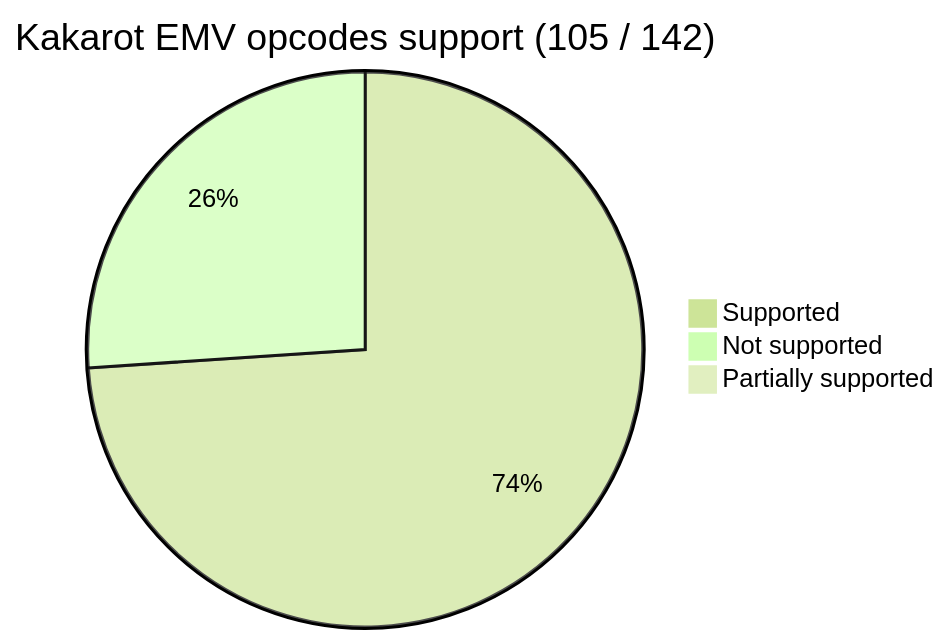
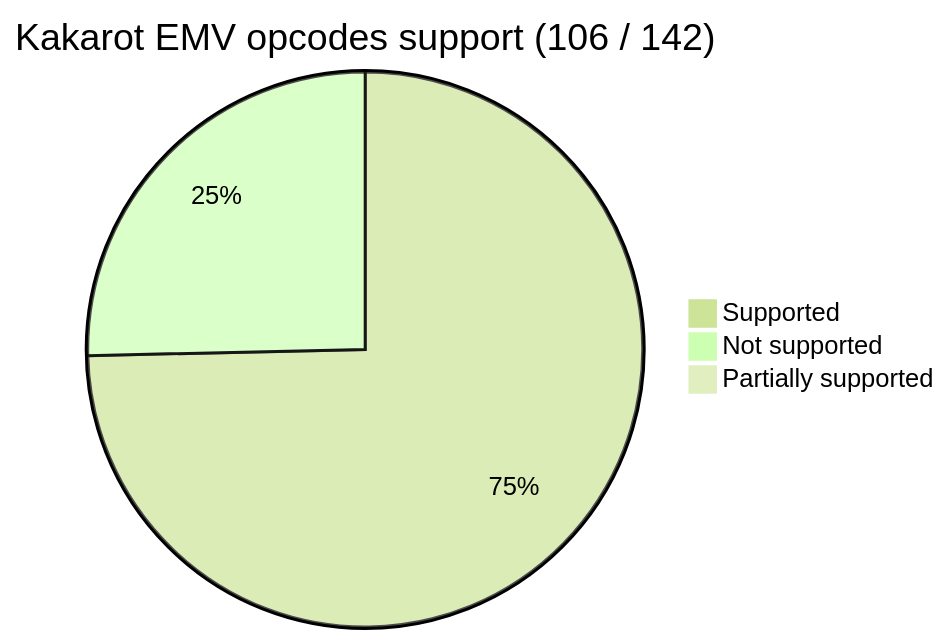
The first of 2 diagrams in README.md (kkrt-labs/kakarot), drawn with Mermaid before and after one commit. The commit also changed 2 other files, not shown here.

Commit message:
docs: update Nr. of completed opcodes

````diff
--- a/README.md
+++ b/README.md
@@ -36,9 +36,9 @@
 ```mermaid
 %%{init: {'theme': 'forest', 'themeVariables': { 'darkMode': 'false'}}}%%
 
-pie title Kakarot EMV opcodes support (105 / 142)
-    "Supported" : 105
-    "Not supported" : 37
+pie title Kakarot EMV opcodes support (106 / 142)
+    "Supported" : 106
+    "Not supported" : 36
 
     "Partially supported" : 0
 ```
````
